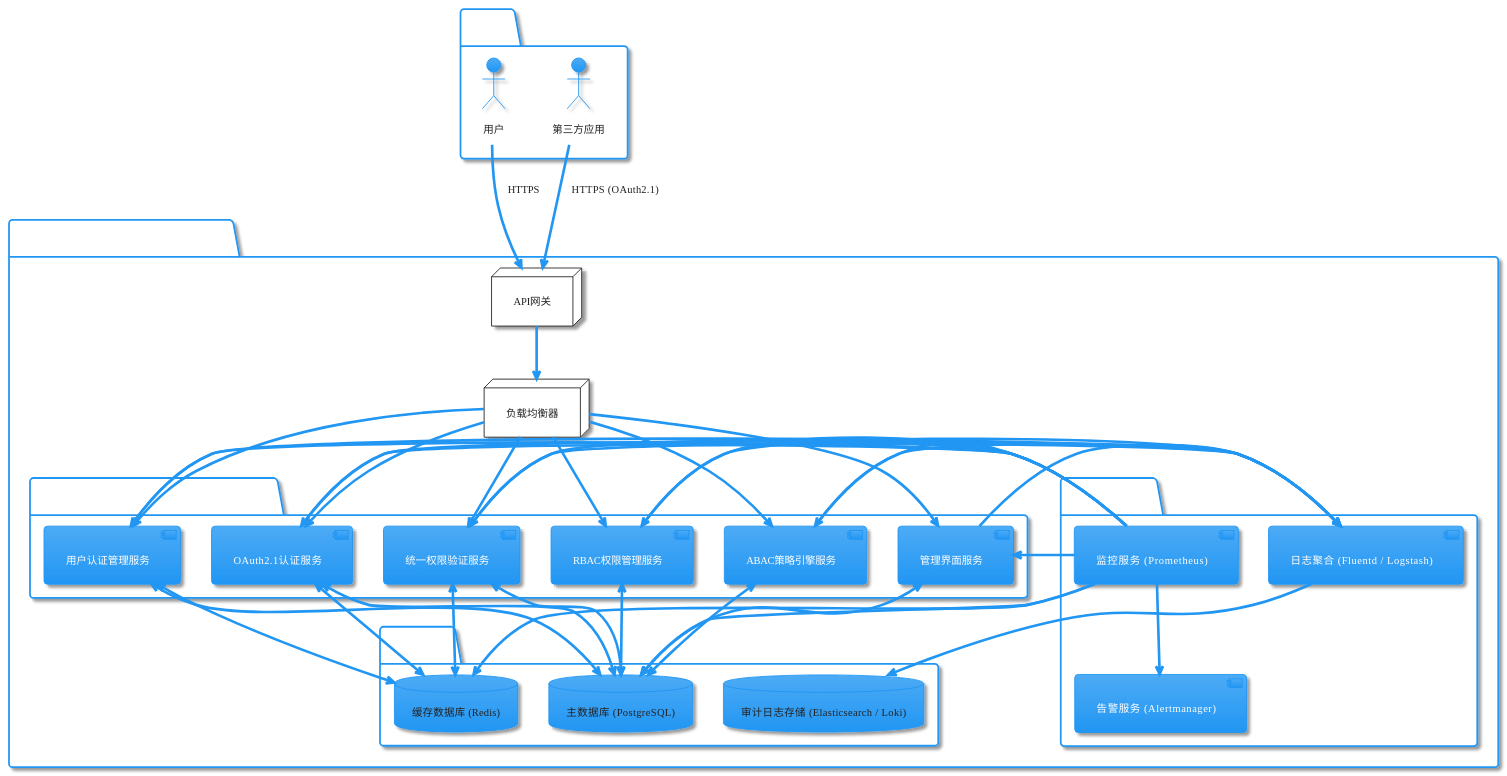
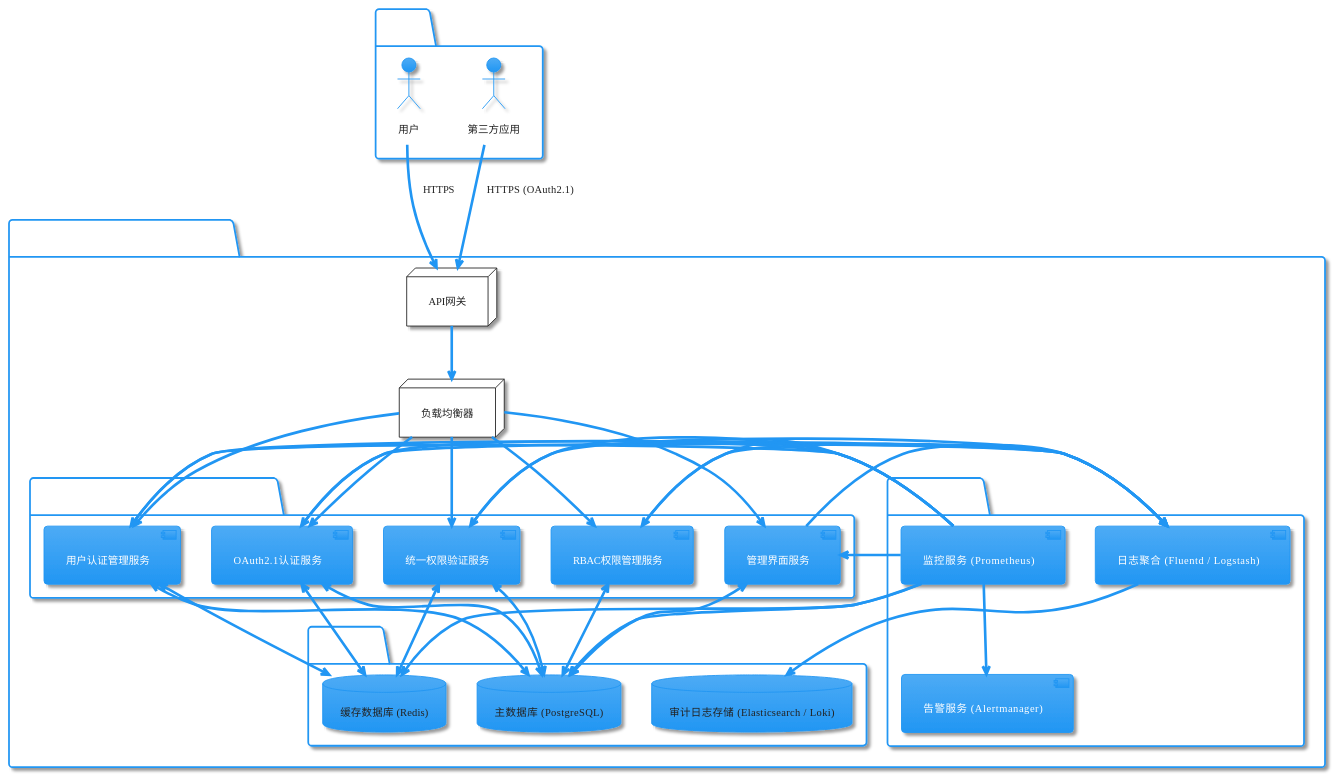
The second of 2 diagrams in scripts/design.md (anjing0524/ts-next), drawn with PlantUML before and after one commit. The commit also changed other lines of this file and 1 other file, not shown here.

````diff
--- a/scripts/design.md
+++ b/scripts/design.md
@@ -876,76 +724,71 @@
 ```plantuml
 @startuml Logic_Deployment_Diagram
 !theme materia
 
 package "用户端" {
   actor "用户" as User
   actor "第三方应用" as ThirdPartyApp
 }
 
 package "基础设施 (云平台 - 例如 AWS, Azure, GCP)" {
   node "API网关" as APIGateway
   node "负载均衡器" as LoadBalancer
 
   package "应用服务集群 (Kubernetes / ECS / Serverless)" {
     component "用户认证管理服务" as AuthService
     component "OAuth2.1认证服务" as OAuthService
     component "RBAC权限管理服务" as RBACService
-    component "ABAC策略引擎服务" as ABACService
     component "统一权限验证服务" as UnifiedPermissionService
     component "管理界面服务" as AdminUIService
   }
 
   package "数据存储层" {
     database "主数据库 (PostgreSQL)" as MainDB
     database "缓存数据库 (Redis)" as CacheDB
     database "审计日志存储 (Elasticsearch / Loki)" as AuditLogDB
   }
 
   package "监控与告警系统" {
     component "监控服务 (Prometheus)" as MonitoringService
     component "日志聚合 (Fluentd / Logstash)" as LogAggregator
     component "告警服务 (Alertmanager)" as AlertingService
   }
 }
 
 User --> APIGateway : HTTPS
 ThirdPartyApp --> APIGateway : HTTPS (OAuth2.1)
 
 APIGateway --> LoadBalancer
 LoadBalancer --> AuthService
 LoadBalancer --> OAuthService
 LoadBalancer --> RBACService
-LoadBalancer --> ABACService
 LoadBalancer --> UnifiedPermissionService
 LoadBalancer --> AdminUIService
 
 AuthService <--> MainDB
 AuthService <--> CacheDB
 OAuthService <--> MainDB
 OAuthService <--> CacheDB
 RBACService <--> MainDB
-ABACService <--> MainDB
 UnifiedPermissionService <--> MainDB
 UnifiedPermissionService <--> CacheDB
 AdminUIService <--> MainDB
 
 AuthService --> LogAggregator
 OAuthService --> LogAggregator
 RBACService --> LogAggregator
-ABACService --> LogAggregator
 UnifiedPermissionService --> LogAggregator
 AdminUIService --> LogAggregator
 
 LogAggregator --> AuditLogDB
 MonitoringService --> AuthService
 MonitoringService --> OAuthService
 MonitoringService --> RBACService
-MonitoringService --> ABACService
 MonitoringService --> UnifiedPermissionService
 MonitoringService --> AdminUIService
 MonitoringService --> MainDB
 MonitoringService --> CacheDB
 MonitoringService --> AlertingService
 
 @enduml
 ```
````
